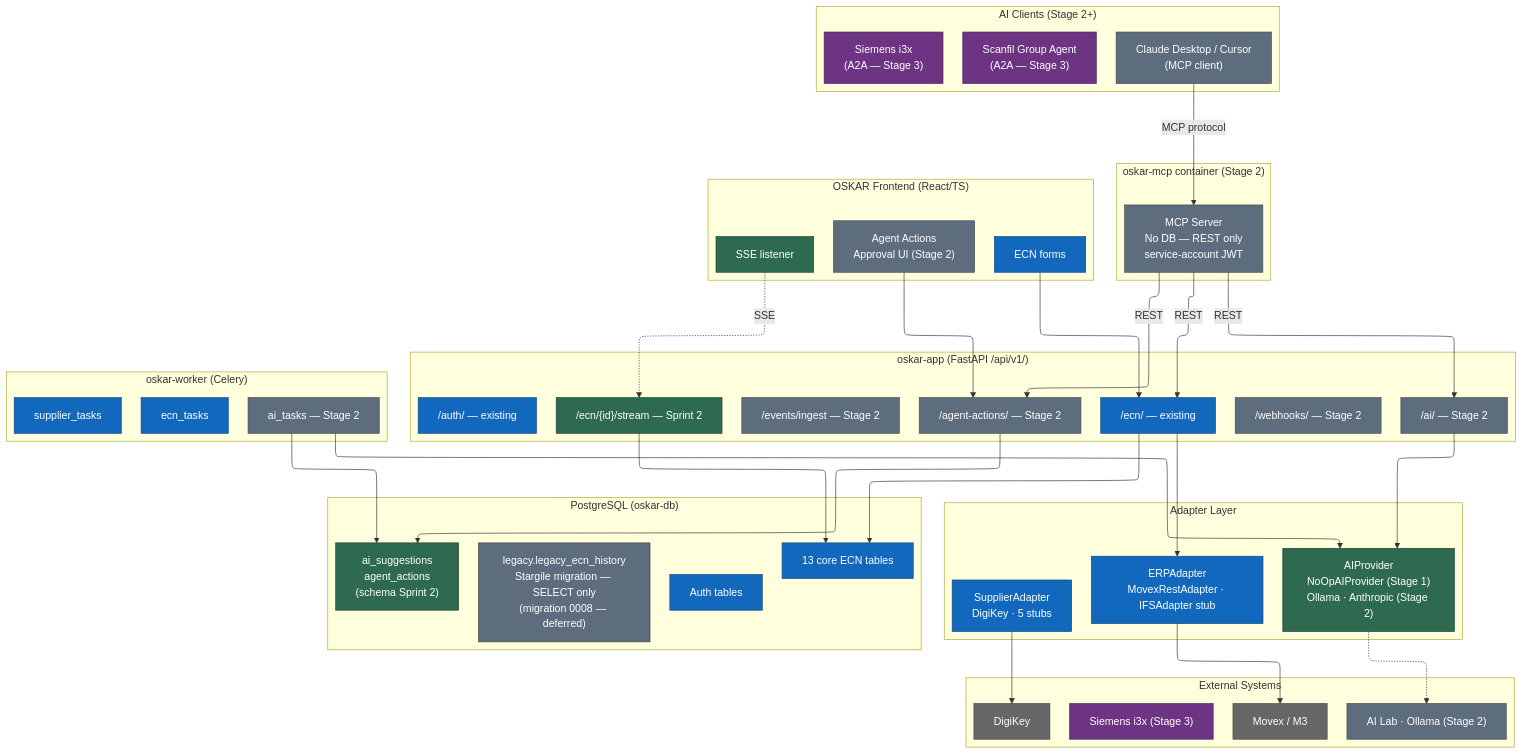
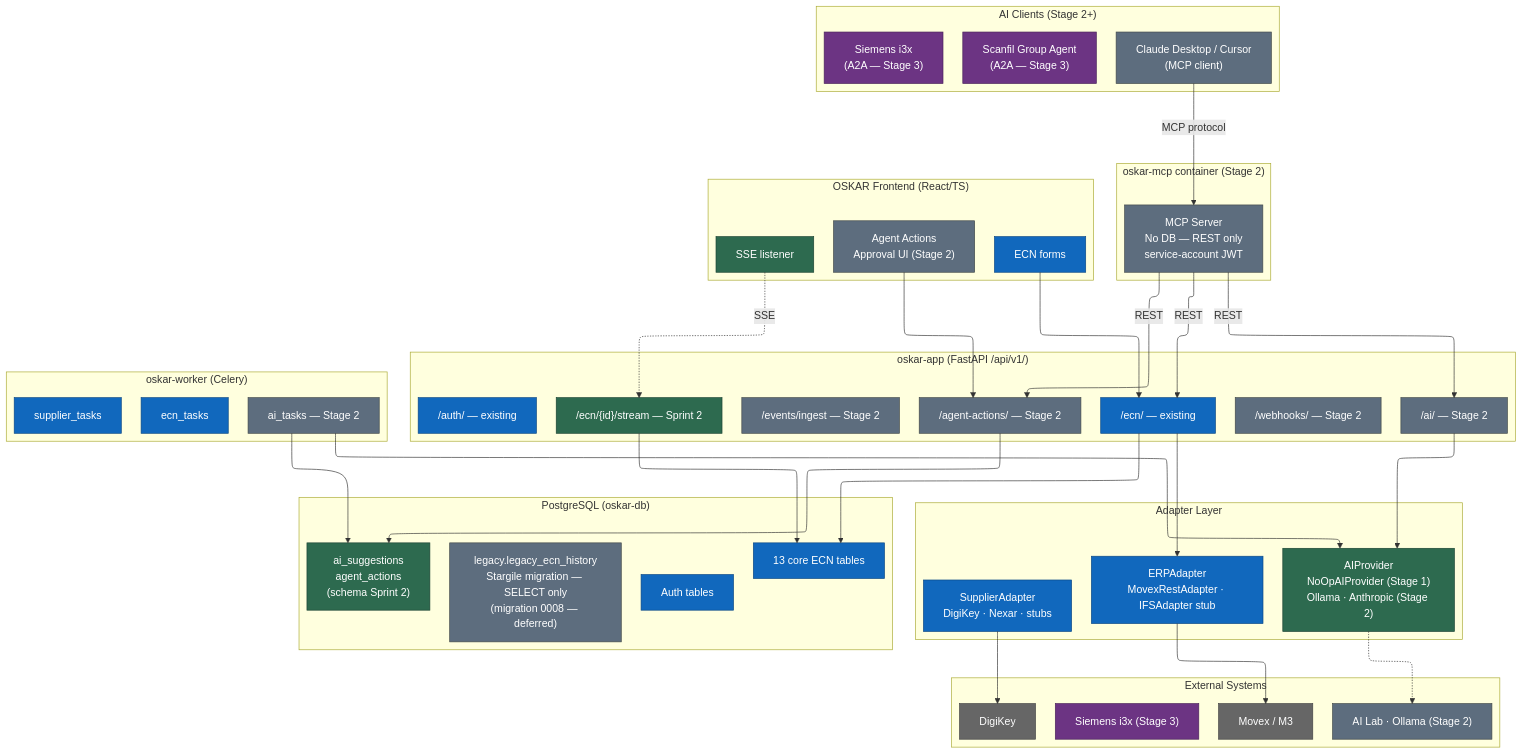
Before and after one commit to hsalazar-srx/Oskar: diagram 18 of 18 in ai/memory/03-oskar-architecture.md, drawn with Mermaid. The commit also changed other lines of this file and 12 other files, not shown here.

First line of the commit message:
feat(supplier): S3-3 stock code autofill — DigiKey → Nexar → Movex enrichment

```diff
--- a/ai/memory/03-oskar-architecture.md
+++ b/ai/memory/03-oskar-architecture.md
@@ -1195,7 +1199,7 @@
 
   subgraph Adapters["Adapter Layer"]
     erp["ERPAdapter\nMovexRestAdapter · IFSAdapter stub"]:::existing
-    sup["SupplierAdapter\nDigiKey · 5 stubs"]:::existing
+    sup["SupplierAdapter\nDigiKey · Nexar · stubs"]:::existing
     ai["AIProvider\nNoOpAIProvider (Stage 1)\nOllama · Anthropic (Stage 2)"]:::sprint2
   end
 
```
